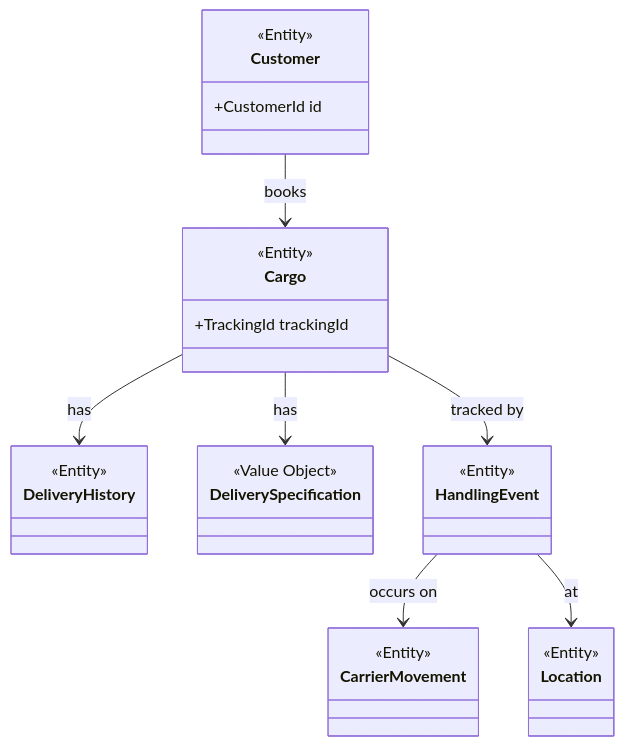
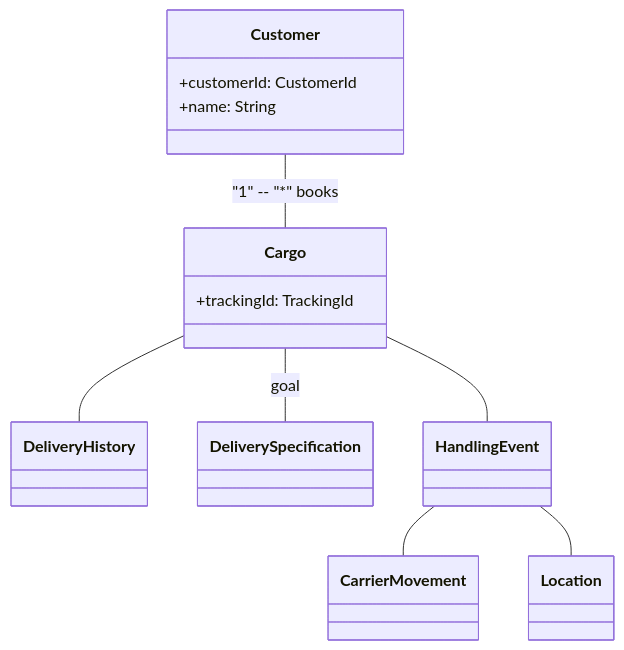
Before and after one commit to peterramaldes/cs: the diagram in docs/architecture/01-design.md, drawn with Mermaid.

Commit message:
docs: update domain diagram - remove direction, add customer role/relationship

````diff
--- a/docs/architecture/01-design.md
+++ b/docs/architecture/01-design.md
@@ -5,39 +5,33 @@
 ```mermaid
 classDiagram
     class Customer {
-        <<Entity>>
-        +CustomerId id
+        +customerId: CustomerId
+        +name: String
     }
 
     class Cargo {
-        <<Entity>>
-        +TrackingId trackingId
+        +trackingId: TrackingId
     }
 
     class DeliveryHistory {
-        <<Entity>>
     }
 
     class DeliverySpecification {
-        <<Value Object>>
     }
 
     class HandlingEvent {
-        <<Entity>>
     }
 
     class CarrierMovement {
-        <<Entity>>
     }
 
     class Location {
-        <<Entity>>
     }
 
-    Customer --> Cargo : books
-    Cargo --> DeliveryHistory : has
-    Cargo --> DeliverySpecification : has
-    Cargo --> HandlingEvent : tracked by
-    HandlingEvent --> CarrierMovement : occurs on
-    HandlingEvent --> Location : at
+    Customer -- Cargo : "1" -- "*" books
+    Cargo -- DeliveryHistory
+    Cargo -- DeliverySpecification : goal
+    Cargo -- HandlingEvent
+    HandlingEvent -- CarrierMovement
+    HandlingEvent -- Location
 ```
````
